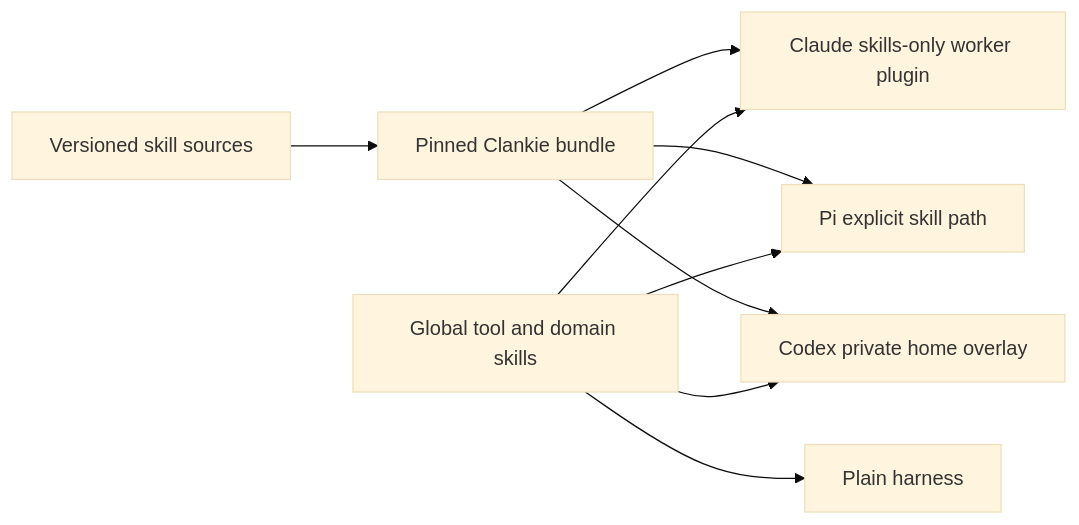
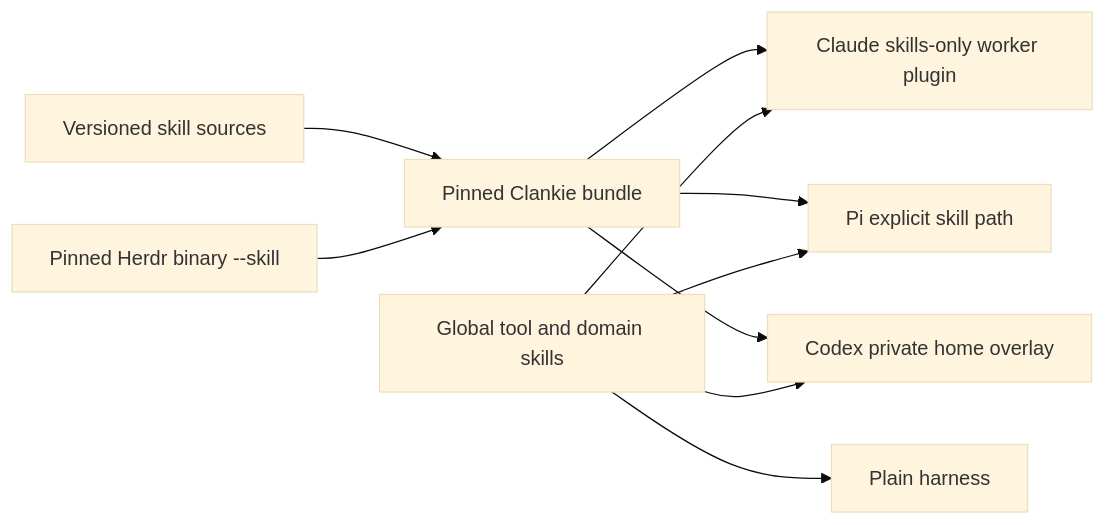
One commit to Volpestyle/clankie changed the diagram in docs/adr/0200-clankie-bundles-its-opinionated-skills.md. Above: the diagram before and after it, drawn with Mermaid (base theme). The commit also changed other lines of this file and 10 other files, not shown here.

Commit message:
Generate bundled Herdr skill from the pinned runtime

````diff
--- a/docs/adr/0200-clankie-bundles-its-opinionated-skills.md
+++ b/docs/adr/0200-clankie-bundles-its-opinionated-skills.md
@@ -27,11 +39,12 @@
 ```mermaid
 flowchart LR
   S[Versioned skill sources] --> B[Pinned Clankie bundle]
+  R[Pinned Herdr binary --skill] --> B
   B --> C[Claude skills-only worker plugin]
   B --> P[Pi explicit skill path]
   B --> X[Codex private home overlay]
   T[Global tool and domain skills] --> H[Plain harness]
   T --> C
   T --> P
   T --> X
 ```
````
